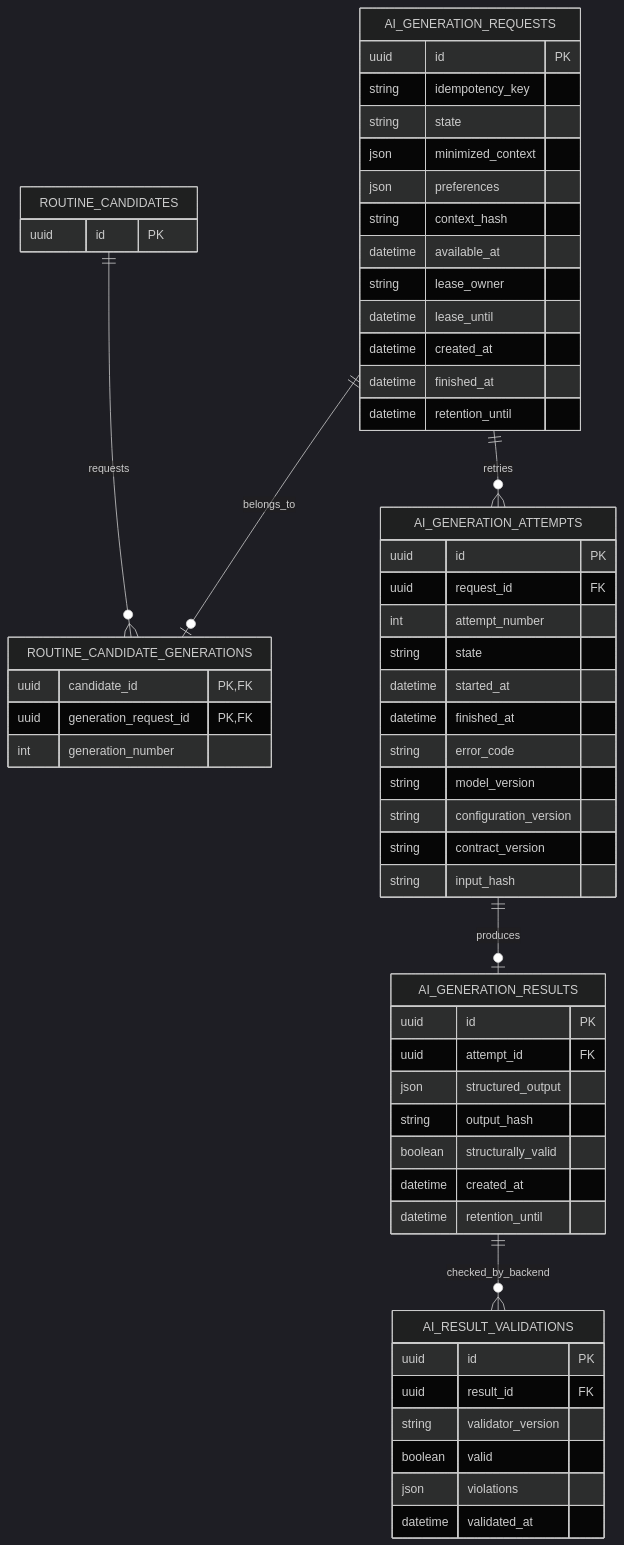
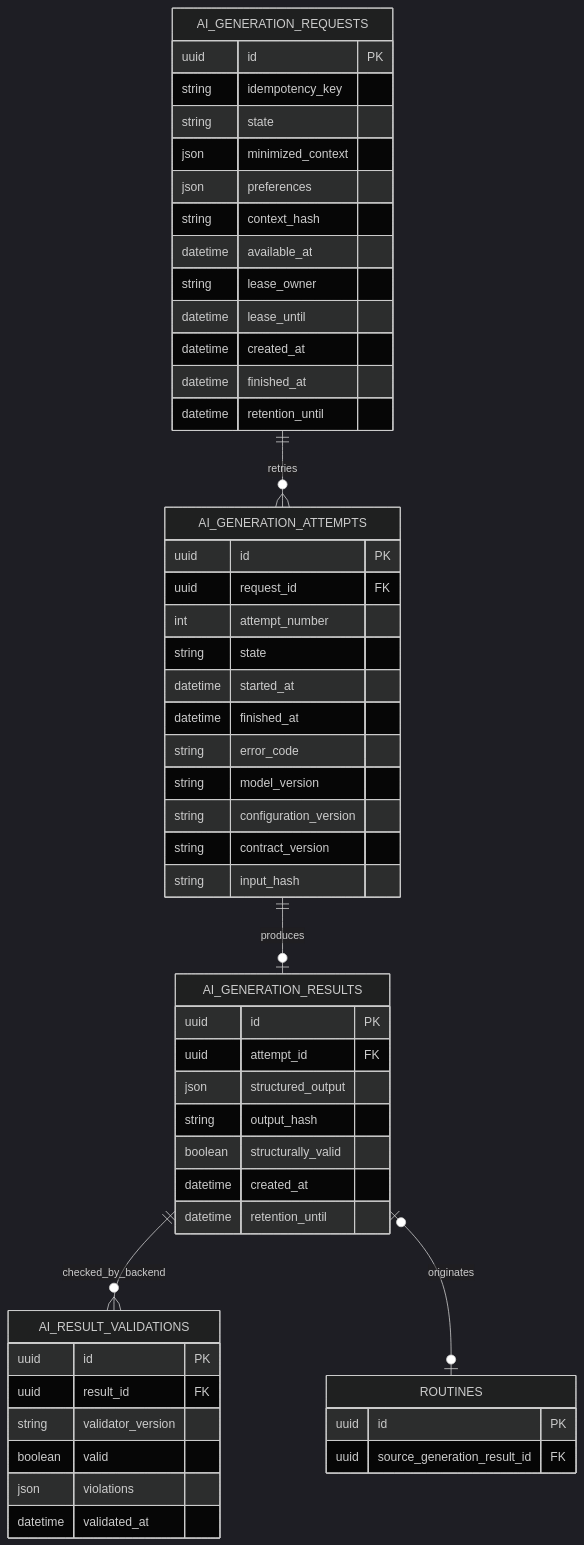
One commit to Maico-Zurbriggen/proyecto-gimnasio-documentacion changed the eighth of 9 diagrams in architecture/database-relational-model.md. Above: the diagram before and after it, drawn with Mermaid (dark theme). The commit also changed other lines of this file and 12 other files, not shown here.

````diff
--- a/architecture/database-relational-model.md
+++ b/architecture/database-relational-model.md
@@ -552,61 +511,56 @@
 ```mermaid
 erDiagram
-    ROUTINE_CANDIDATES {
+    ROUTINES {
         uuid id PK
-    }
-    ROUTINE_CANDIDATE_GENERATIONS {
-        uuid candidate_id PK,FK
-        uuid generation_request_id PK,FK
-        int generation_number
+        uuid source_generation_result_id FK
     }
     AI_GENERATION_REQUESTS {
         uuid id PK
         string idempotency_key
         string state
         json minimized_context
         json preferences
         string context_hash
         datetime available_at
         string lease_owner
         datetime lease_until
         datetime created_at
         datetime finished_at
         datetime retention_until
     }
     AI_GENERATION_ATTEMPTS {
         uuid id PK
         uuid request_id FK
         int attempt_number
         string state
         datetime started_at
         datetime finished_at
         string error_code
         string model_version
         string configuration_version
         string contract_version
         string input_hash
     }
     AI_GENERATION_RESULTS {
         uuid id PK
         uuid attempt_id FK
         json structured_output
         string output_hash
         boolean structurally_valid
         datetime created_at
         datetime retention_until
     }
     AI_RESULT_VALIDATIONS {
         uuid id PK
         uuid result_id FK
         string validator_version
         boolean valid
         json violations
         datetime validated_at
     }
 
-    ROUTINE_CANDIDATES ||--o{ ROUTINE_CANDIDATE_GENERATIONS : requests
-    AI_GENERATION_REQUESTS ||--o| ROUTINE_CANDIDATE_GENERATIONS : belongs_to
     AI_GENERATION_REQUESTS ||--o{ AI_GENERATION_ATTEMPTS : retries
     AI_GENERATION_ATTEMPTS ||--o| AI_GENERATION_RESULTS : produces
     AI_GENERATION_RESULTS ||--o{ AI_RESULT_VALIDATIONS : checked_by_backend
+    AI_GENERATION_RESULTS o|--o| ROUTINES : originates
 ```
````
